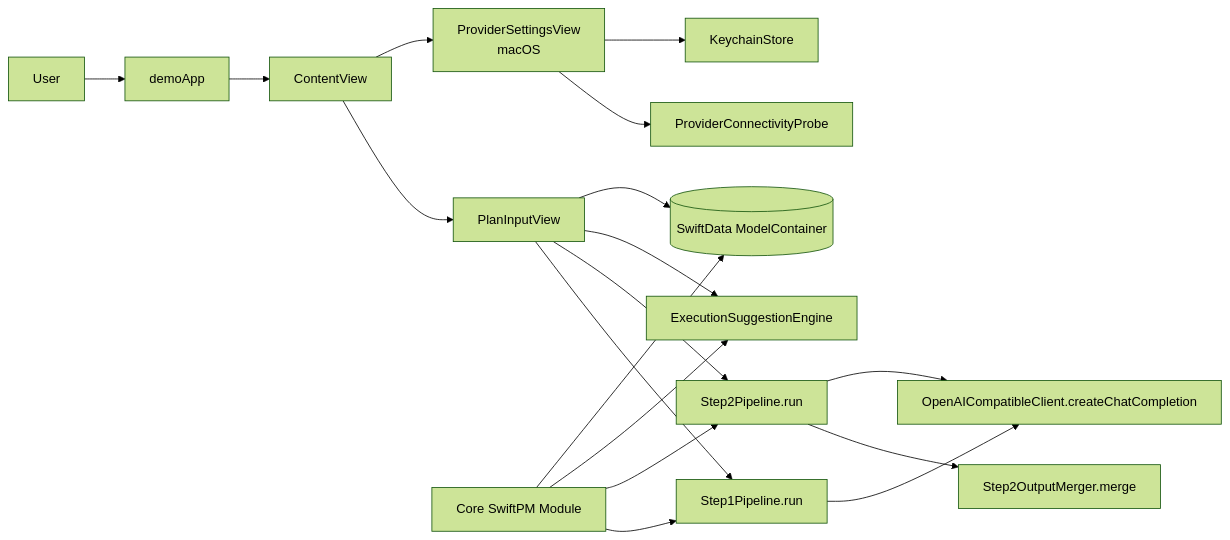
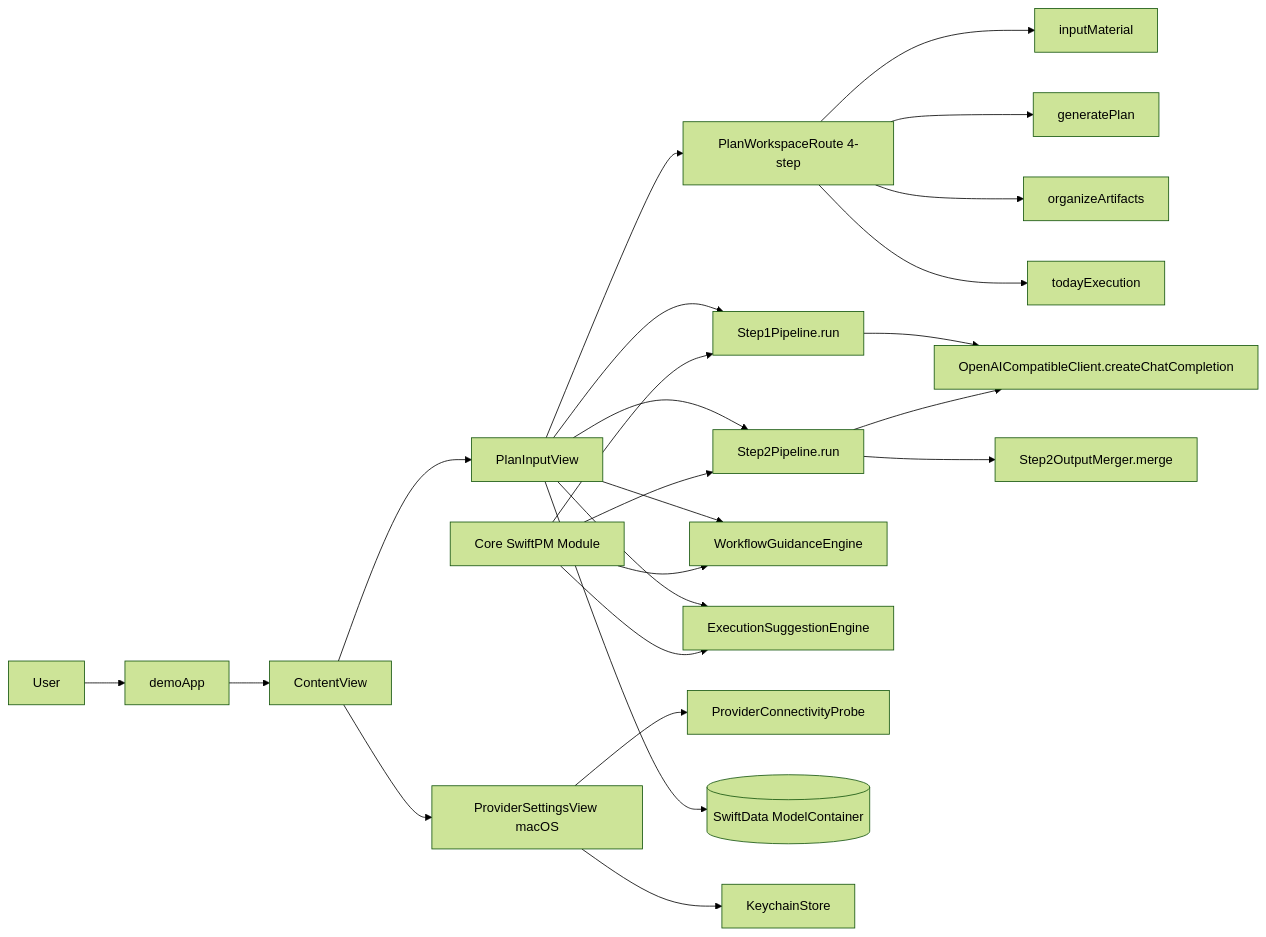
Before and after one commit to Aeonbrk/Swiftdemo: the first of 4 diagrams in docs/CODEBASE_MAP.md, drawn with Mermaid (forest theme). The commit also changed other lines of this file and 22 other files, not shown here.

````diff
--- a/docs/CODEBASE_MAP.md
+++ b/docs/CODEBASE_MAP.md
@@ -14,23 +14,30 @@
 ```mermaid
 flowchart LR
   U[User] --> APP[demoApp]
   APP --> CV[ContentView]
   CV --> PIV[PlanInputView]
-  CV --> PSV[ProviderSettingsView\nmacOS]
+  CV --> PSV[ProviderSettingsView macOS]
+
+  PIV --> ROUTE[PlanWorkspaceRoute 4-step]
+  ROUTE --> R1[inputMaterial]
+  ROUTE --> R2[generatePlan]
+  ROUTE --> R3[organizeArtifacts]
+  ROUTE --> R4[todayExecution]
 
   PIV --> S1[Step1Pipeline.run]
   PIV --> S2[Step2Pipeline.run]
   S2 --> MERGE[Step2OutputMerger.merge]
   S1 --> CLIENT[OpenAICompatibleClient.createChatCompletion]
   S2 --> CLIENT
 
+  PIV --> WG[WorkflowGuidanceEngine]
   PIV --> EXEC[ExecutionSuggestionEngine]
   PSV --> PROBE[ProviderConnectivityProbe]
   PIV --> SWIFTDATA[(SwiftData ModelContainer)]
   PSV --> KEYCHAIN[KeychainStore]
 
   CORE[Core SwiftPM Module] --> S1
   CORE --> S2
+  CORE --> WG
   CORE --> EXEC
-  CORE --> SWIFTDATA
 ```
````
